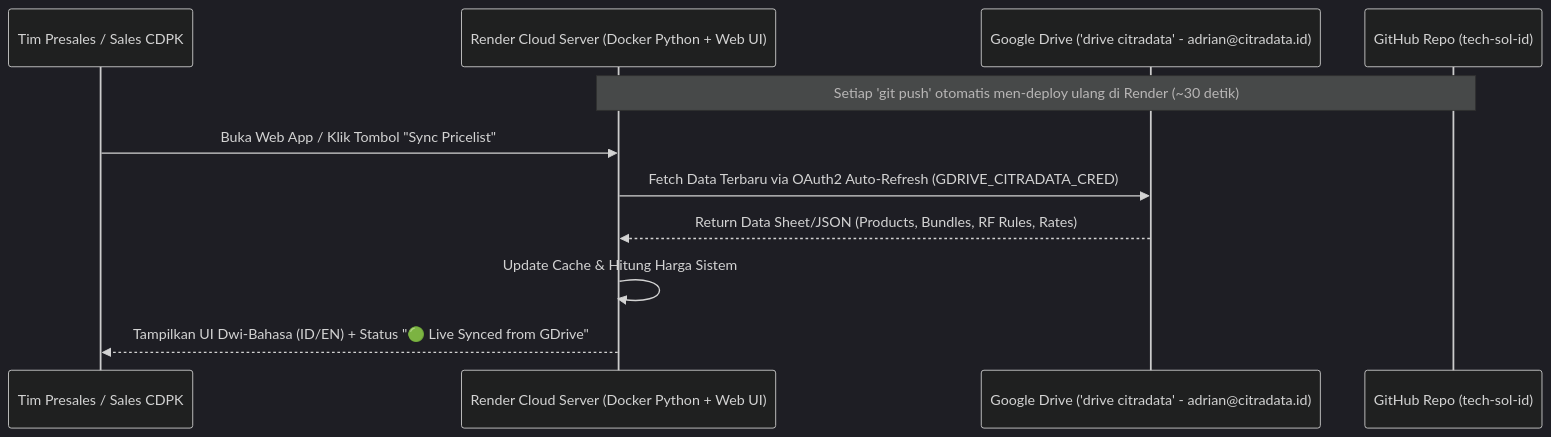
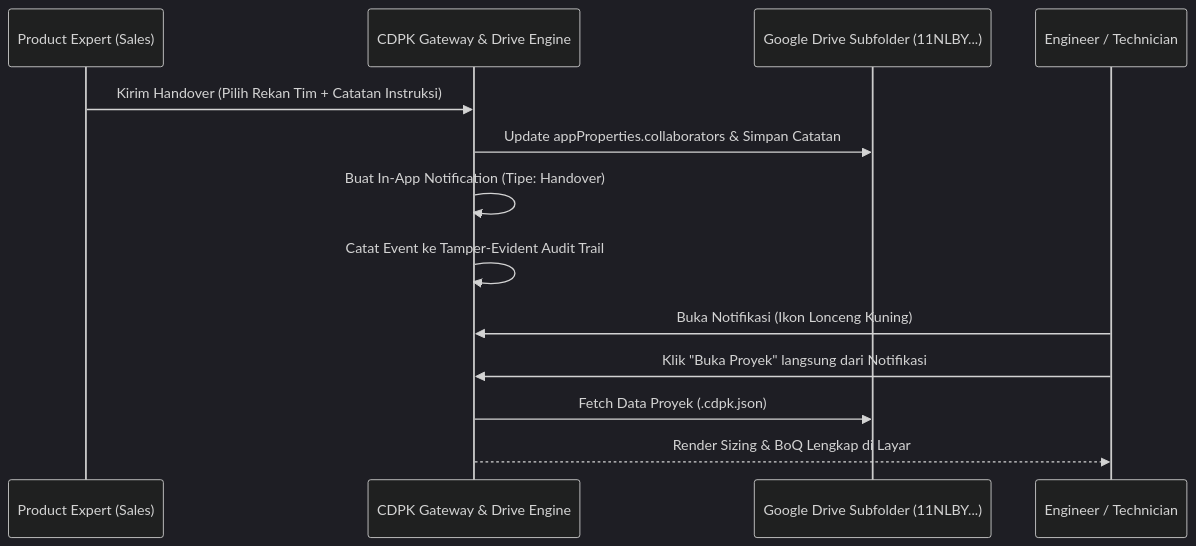
The third of 3 diagrams in PRD-New.md (tech-sol-id/cdpk-system-planner), drawn with Mermaid (dark theme) before and after one commit. The commit also changed other lines of this file and 2 other files, not shown here.

Commit message:
docs: overhaul PRD-New.md and in-app User Guide to v8.4.0, add comprehensive USER_GUIDE.md

````diff
--- a/PRD-New.md
+++ b/PRD-New.md
@@ -91,14 +169,16 @@
 ```mermaid
 sequenceDiagram
-    participant User as Tim Presales / Sales CDPK
-    participant Render as Render Cloud Server (Docker Python + Web UI)
-    participant GDrive as Google Drive ('drive citradata' - adrian@citradata.id)
-    participant GitHub as GitHub Repo (tech-sol-id)
-
-    Note over GitHub,Render: Setiap 'git push' otomatis men-deploy ulang di Render (~30 detik)
-    User->>Render: Buka Web App / Klik Tombol "Sync Pricelist"
-    Render->>GDrive: Fetch Data Terbaru via OAuth2 Auto-Refresh (GDRIVE_CITRADATA_CRED)
-    GDrive-->>Render: Return Data Sheet/JSON (Products, Bundles, RF Rules, Rates)
-    Render->>Render: Update Cache & Hitung Harga Sistem
-    Render-->>User: Tampilkan UI Dwi-Bahasa (ID/EN) + Status "🟢 Live Synced from GDrive"
+    participant Sales as Product Expert (Sales)
+    participant Server as CDPK Gateway & Drive Engine
+    participant GDrive as Google Drive Subfolder (11NLBY...)
+    participant Eng as Engineer / Technician
+    
+    Sales->>Server: Kirim Handover (Pilih Rekan Tim + Catatan Instruksi)
+    Server->>GDrive: Update appProperties.collaborators & Simpan Catatan
+    Server->>Server: Buat In-App Notification (Tipe: Handover)
+    Server->>Server: Catat Event ke Tamper-Evident Audit Trail
+    Eng->>Server: Buka Notifikasi (Ikon Lonceng Kuning)
+    Eng->>Server: Klik "Buka Proyek" langsung dari Notifikasi
+    Server->>GDrive: Fetch Data Proyek (.cdpk.json)
+    Server-->>Eng: Render Sizing & BoQ Lengkap di Layar
 ```
````
